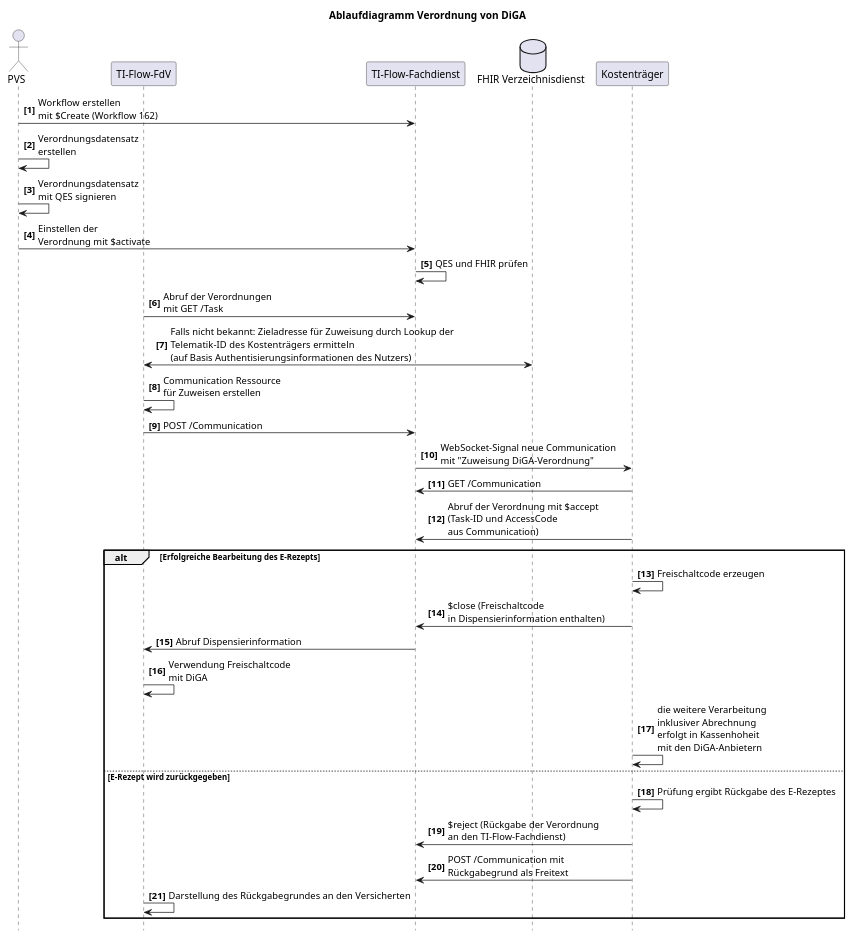
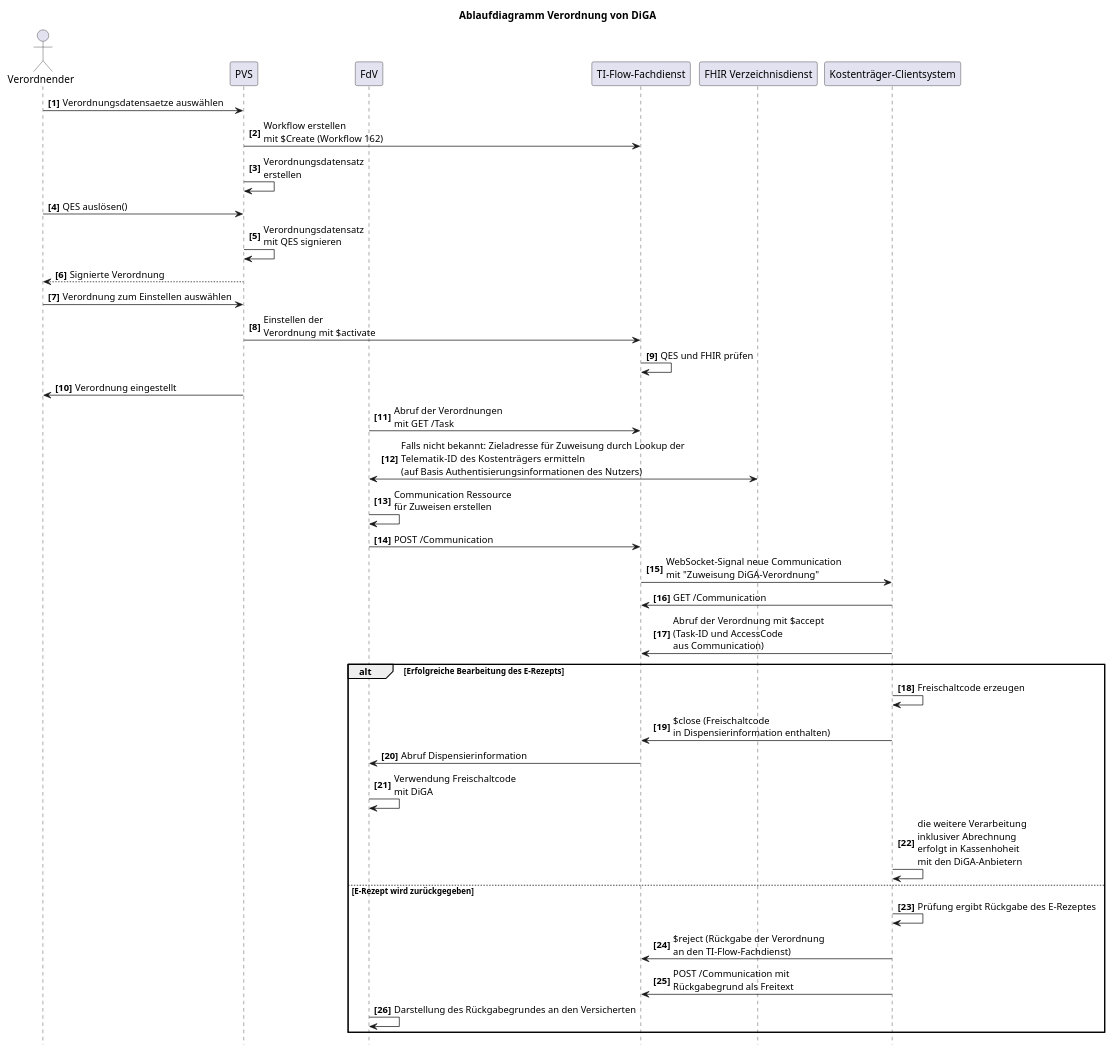
One commit to gematik/fhir-igs-workflow changed the diagram in igs/diga/input/images-source/diga-ablaufdiagramm.plantuml. Above: the diagram before and after it, drawn with PlantUML. The commit also changed 64 other files, not shown here.

```diff
--- a/igs/diga/input/images-source/diga-ablaufdiagramm.plantuml
+++ b/igs/diga/input/images-source/diga-ablaufdiagramm.plantuml
@@ -1,44 +1,52 @@
 @startuml 
 title Ablaufdiagramm Verordnung von DiGA
 hide footbox
 autonumber "<b>[0]"
-actor "PVS" as PVS
-participant "TI-Flow-FdV" as FDV
+actor "Verordnender" as VERO
+participant "PVS" as PVS
+participant "FdV" as FDV
 participant "TI-Flow-Fachdienst" as FD
-database "FHIR Verzeichnisdienst" as VZD
-participant "Kostenträger" as AVS
+participant "FHIR Verzeichnisdienst" as VZD
+participant "Kostenträger-Clientsystem" as KTR
 
+    VERO -> PVS: Verordnungsdatensaetze auswählen
     PVS -> FD: Workflow erstellen\nmit $Create (Workflow 162)
-
     PVS -> PVS: Verordnungsdatensatz\nerstellen
+    
+    VERO -> PVS: QES auslösen()
     PVS -> PVS: Verordnungsdatensatz\nmit QES signieren 
+    PVS --> VERO: Signierte Verordnung
+    
+    VERO -> PVS: Verordnung zum Einstellen auswählen
 	PVS -> FD: Einstellen der \nVerordnung mit $activate
     FD -> FD: QES und FHIR prüfen
+    PVS -> VERO: Verordnung eingestellt
+    
     FDV -> FD: Abruf der Verordnungen\nmit GET /Task
 
 
 	FDV <-> VZD: Falls nicht bekannt: Zieladresse für Zuweisung durch Lookup der\nTelematik-ID des Kostenträgers  ermitteln\n(auf Basis Authentisierungsinformationen des Nutzers)
     FDV -> FDV: Communication Ressource\nfür Zuweisen erstellen
     FDV -> FD: POST /Communication 
 
-	AVS <- FD: WebSocket-Signal neue Communication\nmit "Zuweisung DiGA-Verordnung"
+	KTR <- FD: WebSocket-Signal neue Communication\nmit "Zuweisung DiGA-Verordnung"
 
-    AVS -> FD: GET /Communication 	
-    AVS -> FD: Abruf der Verordnung mit $accept\n(Task-ID und AccessCode\naus Communication)
+    KTR -> FD: GET /Communication 	
+    KTR -> FD: Abruf der Verordnung mit $accept\n(Task-ID und AccessCode\naus Communication)
  
 alt Erfolgreiche Bearbeitung des E-Rezepts
-    AVS -> AVS: Freischaltcode erzeugen
+    KTR -> KTR: Freischaltcode erzeugen
 	
-	AVS -> FD: $close (Freischaltcode \nin Dispensierinformation enthalten)
+	KTR -> FD: $close (Freischaltcode \nin Dispensierinformation enthalten)
     FDV <- FD: Abruf Dispensierinformation
     FDV -> FDV: Verwendung Freischaltcode\nmit DiGA
 
-    AVS -> AVS: die weitere Verarbeitung\ninklusiver Abrechnung\nerfolgt in Kassenhoheit\nmit den DiGA-Anbietern
+    KTR -> KTR: die weitere Verarbeitung\ninklusiver Abrechnung\nerfolgt in Kassenhoheit\nmit den DiGA-Anbietern
 else E-Rezept wird zurückgegeben
-    AVS -> AVS: Prüfung ergibt Rückgabe des E-Rezeptes
-    AVS -> FD: $reject (Rückgabe der Verordnung\nan den TI-Flow-Fachdienst)
+    KTR -> KTR: Prüfung ergibt Rückgabe des E-Rezeptes
+    KTR -> FD: $reject (Rückgabe der Verordnung\nan den TI-Flow-Fachdienst)
 	
-	AVS -> FD: POST /Communication mit\nRückgabegrund als Freitext
+	KTR -> FD: POST /Communication mit\nRückgabegrund als Freitext
     FDV -> FDV: Darstellung des Rückgabegrundes an den Versicherten
 end
-@enduml  
+@enduml
```
